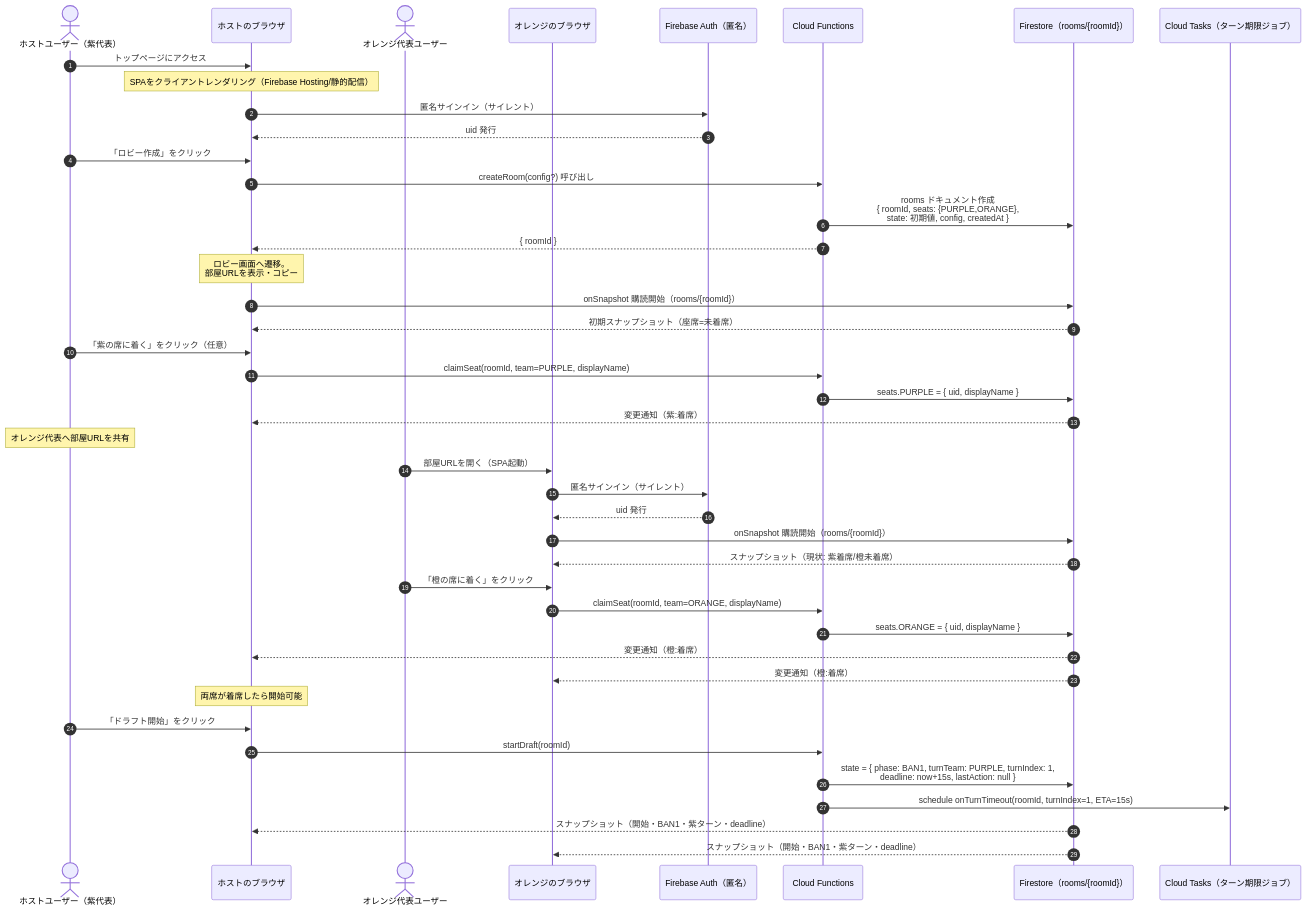
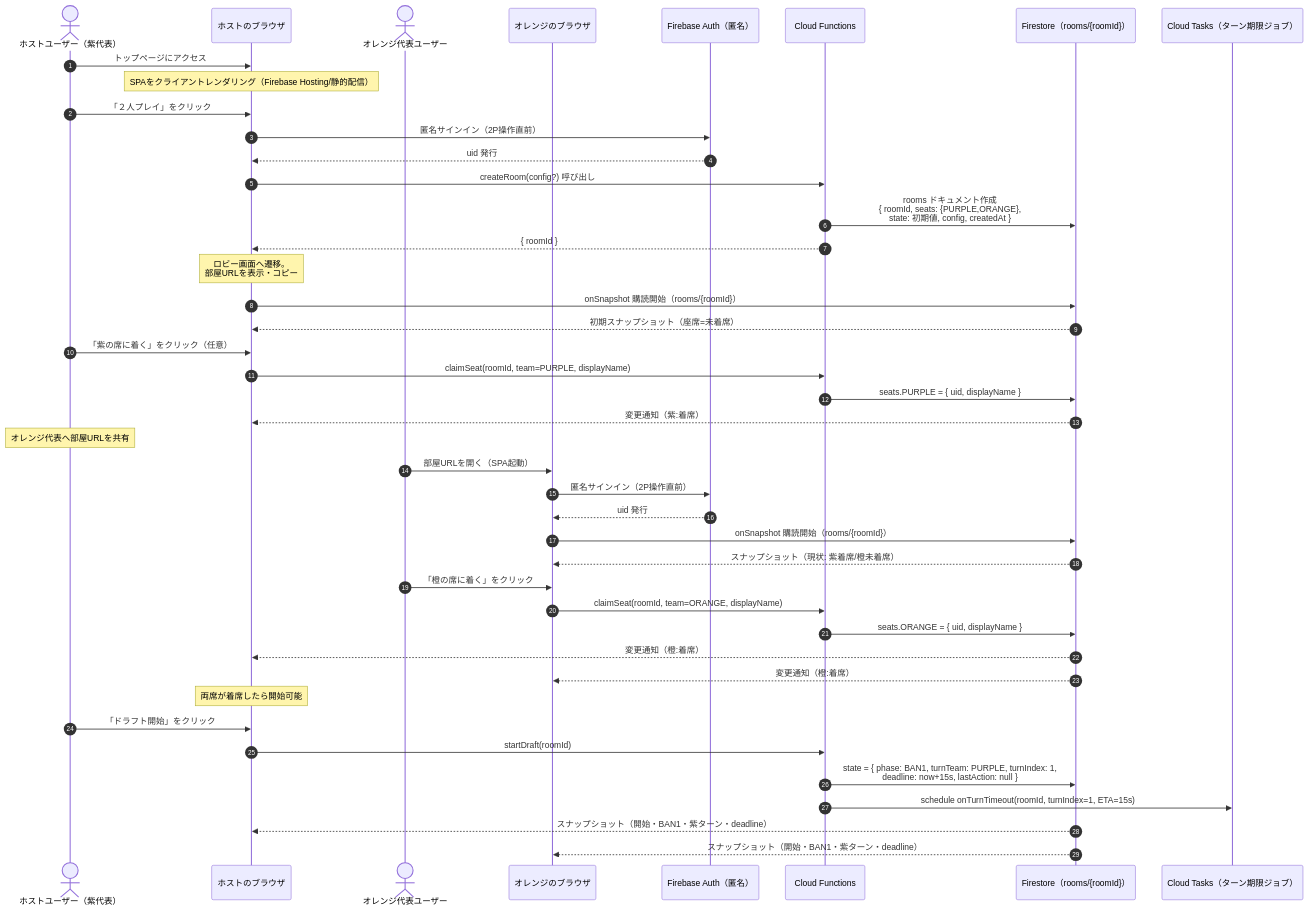
The diagram in docs/sequence_01_ロビー作成_ドラフト開始.md (juv-shun/draft-simulator), drawn with Mermaid before and after one commit. The commit also changed 1 other file, not shown here.

Commit message:
doc: 匿名サインインを2人プレイ時のみにした

````diff
--- a/docs/sequence_01_ロビー作成_ドラフト開始.md
+++ b/docs/sequence_01_ロビー作成_ドラフト開始.md
@@ -1,53 +1,53 @@
 ```mermaid
 sequenceDiagram
     autonumber
     actor Host as ホストユーザー（紫代表）
     participant HostClient as ホストのブラウザ
     actor Orange as オレンジ代表ユーザー
     participant OrangeClient as オレンジのブラウザ
     participant Auth as Firebase Auth（匿名）
     participant Func as Cloud Functions
     participant DB as Firestore（rooms/{roomId}）
     participant Tasks as Cloud Tasks（ターン期限ジョブ）
 
     Host->>HostClient: トップページにアクセス
     Note over HostClient: SPAをクライアントレンダリング（Firebase Hosting/静的配信）
-    HostClient->>Auth: 匿名サインイン（サイレント）
+
+    Host->>HostClient: 「２人プレイ」をクリック
+    HostClient->>Auth: 匿名サインイン（2P操作直前）
     Auth-->>HostClient: uid 発行
-
-    Host->>HostClient: 「ロビー作成」をクリック
     HostClient->>Func: createRoom(config?) 呼び出し
     Func->>DB: rooms ドキュメント作成<br />{ roomId, seats: {PURPLE,ORANGE},<br />  state: 初期値, config, createdAt }
     Func-->>HostClient: { roomId }
     Note over HostClient: ロビー画面へ遷移。<br />部屋URLを表示・コピー
 
     HostClient->>DB: onSnapshot 購読開始（rooms/{roomId}）
     DB-->>HostClient: 初期スナップショット（座席=未着席）
 
     Host->>HostClient: 「紫の席に着く」をクリック（任意）
     HostClient->>Func: claimSeat(roomId, team=PURPLE, displayName)
     Func->>DB: seats.PURPLE = { uid, displayName }
     DB-->>HostClient: 変更通知（紫:着席）
 
     Note over Host: オレンジ代表へ部屋URLを共有
 
     Orange->>OrangeClient: 部屋URLを開く（SPA起動）
-    OrangeClient->>Auth: 匿名サインイン（サイレント）
+    OrangeClient->>Auth: 匿名サインイン（2P操作直前）
     Auth-->>OrangeClient: uid 発行
     OrangeClient->>DB: onSnapshot 購読開始（rooms/{roomId}）
     DB-->>OrangeClient: スナップショット（現状: 紫着席/橙未着席）
 
     Orange->>OrangeClient: 「橙の席に着く」をクリック
     OrangeClient->>Func: claimSeat(roomId, team=ORANGE, displayName)
     Func->>DB: seats.ORANGE = { uid, displayName }
     DB-->>HostClient: 変更通知（橙:着席）
     DB-->>OrangeClient: 変更通知（橙:着席）
 
     Note over HostClient: 両席が着席したら開始可能
     Host->>HostClient: 「ドラフト開始」をクリック
     HostClient->>Func: startDraft(roomId)
     Func->>DB: state = { phase: BAN1, turnTeam: PURPLE, turnIndex: 1,<br />                          deadline: now+15s, lastAction: null }
     Func->>Tasks: schedule onTurnTimeout(roomId, turnIndex=1, ETA=15s)
     DB-->>HostClient: スナップショット（開始・BAN1・紫ターン・deadline）
     DB-->>OrangeClient: スナップショット（開始・BAN1・紫ターン・deadline）
 ```
````
